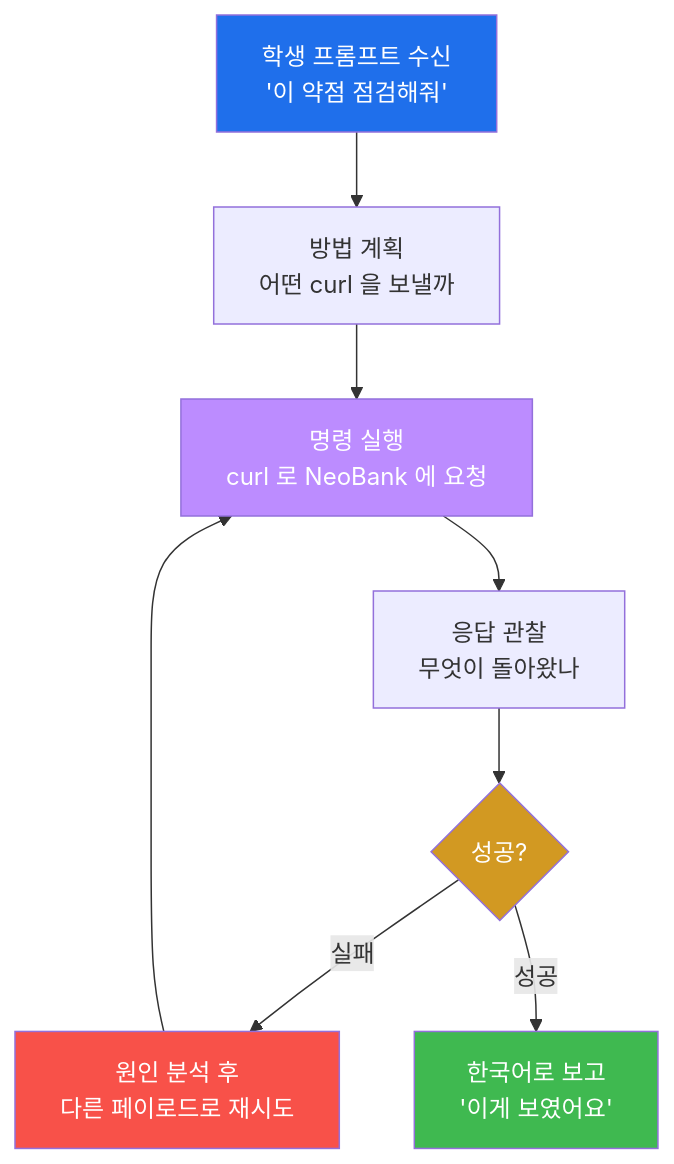
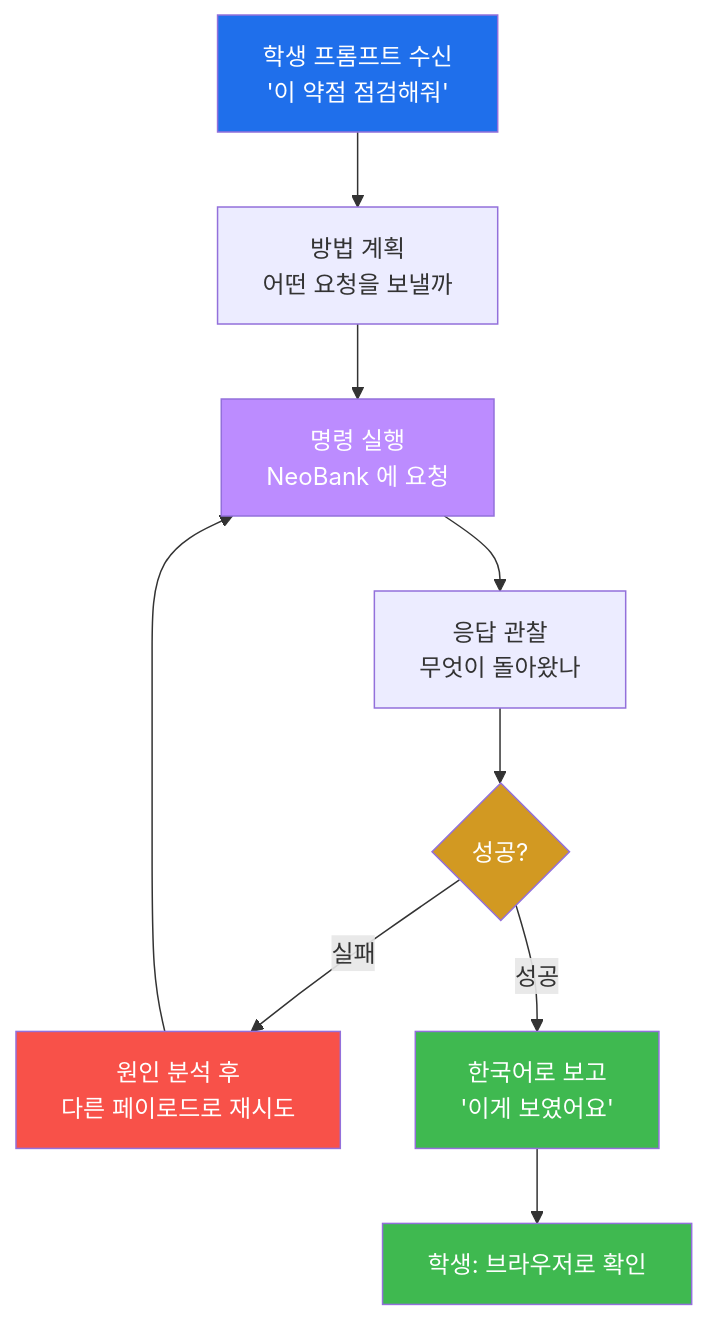
One commit to mrgrit/easy_web_hacking_class changed the third of 6 diagrams in contents/training/lecture_week04.md. Above: the diagram before and after it, drawn with Mermaid. The commit also changed other lines of this file and 68 other files, not shown here.

````diff
--- a/contents/training/lecture_week04.md
+++ b/contents/training/lecture_week04.md
@@ -175,18 +192,20 @@
 ```mermaid
 graph TD
     P["학생 프롬프트 수신<br/>'이 약점 점검해줘'"]
-    PLAN["방법 계획<br/>어떤 curl 을 보낼까"]
-    RUN["명령 실행<br/>curl 로 NeoBank 에 요청"]
+    PLAN["방법 계획<br/>어떤 요청을 보낼까"]
+    RUN["명령 실행<br/>NeoBank 에 요청"]
     OBS["응답 관찰<br/>무엇이 돌아왔나"]
     JUDGE{"성공?"}
     RETRY["원인 분석 후<br/>다른 페이로드로 재시도"]
     REPORT["한국어로 보고<br/>'이게 보였어요'"]
+    CHECK["학생: 브라우저로 확인"]
     P --> PLAN --> RUN --> OBS --> JUDGE
     JUDGE -->|실패| RETRY --> RUN
-    JUDGE -->|성공| REPORT
+    JUDGE -->|성공| REPORT --> CHECK
     style P fill:#1f6feb,color:#fff
     style RUN fill:#bc8cff,color:#fff
     style JUDGE fill:#d29922,color:#fff
     style RETRY fill:#f85149,color:#fff
     style REPORT fill:#3fb950,color:#fff
+    style CHECK fill:#3fb950,color:#fff
 ```
````
